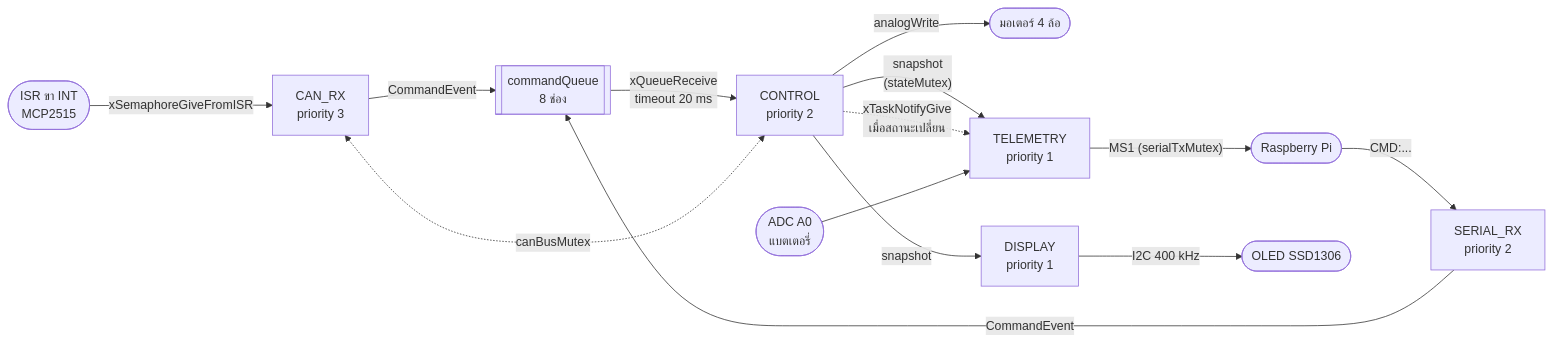
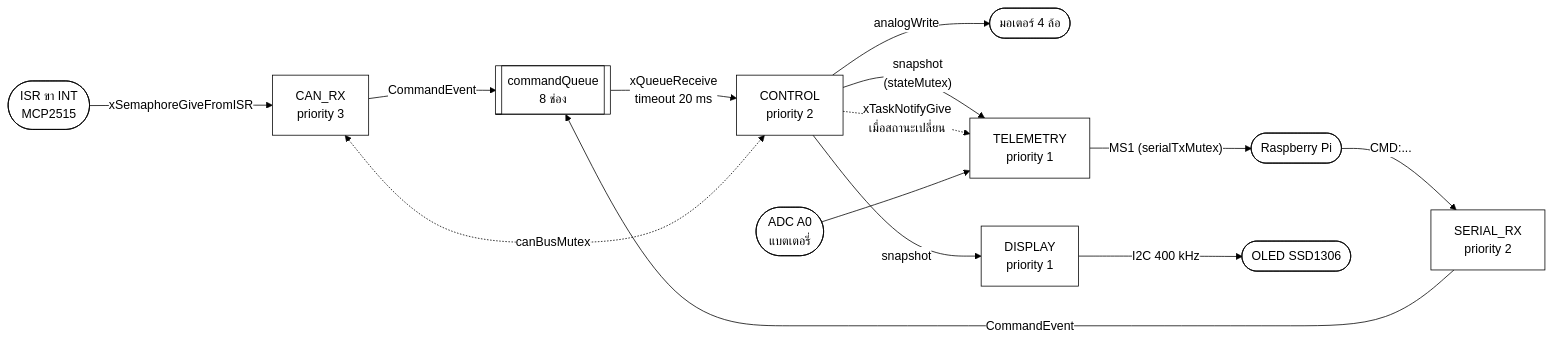
The fourth of 7 diagrams in docs/doc.md (SaktanuthPeak/durian-bot), drawn with Mermaid before and after one commit. The commit also changed other lines of this file and 14 other files, not shown here.

````diff
--- a/docs/doc.md
+++ b/docs/doc.md
@@ -841,16 +411,19 @@
 ```mermaid
+%%{init: {'theme': 'base', 'themeVariables': {'background': '#ffffff', 'mainBkg': '#ffffff', 'primaryColor': '#ffffff', 'secondaryColor': '#ffffff', 'tertiaryColor': '#ffffff', 'primaryTextColor': '#000000', 'secondaryTextColor': '#000000', 'tertiaryTextColor': '#000000', 'textColor': '#000000', 'primaryBorderColor': '#000000', 'secondaryBorderColor': '#000000', 'tertiaryBorderColor': '#000000', 'nodeBorder': '#000000', 'lineColor': '#000000', 'clusterBkg': '#ffffff', 'clusterBorder': '#000000', 'edgeLabelBackground': '#ffffff', 'titleColor': '#000000', 'actorBkg': '#ffffff', 'actorBorder': '#000000', 'actorTextColor': '#000000', 'actorLineColor': '#000000', 'signalColor': '#000000', 'signalTextColor': '#000000', 'labelBoxBkgColor': '#ffffff', 'labelBoxBorderColor': '#000000', 'labelTextColor': '#000000', 'loopTextColor': '#000000', 'noteBkgColor': '#ffffff', 'noteBorderColor': '#000000', 'noteTextColor': '#000000', 'activationBkgColor': '#ffffff', 'activationBorderColor': '#000000'}}}%%
 flowchart LR
     INT(["ISR ขา INT<br/>MCP2515"]) -- "xSemaphoreGiveFromISR" --> CANRX
     CANRX["CAN_RX<br/>priority 3"] -- "CommandEvent" --> Q[["commandQueue<br/>8 ช่อง"]]
     SERRX["SERIAL_RX<br/>priority 2"] -- "CommandEvent" --> Q
     Q -- "xQueueReceive<br/>timeout 20 ms" --> CTRL["CONTROL<br/>priority 2"]
     CTRL -- "analogWrite" --> MOT(["มอเตอร์ 4 ล้อ"])
     CTRL -- "snapshot<br/>(stateMutex)" --> TEL["TELEMETRY<br/>priority 1"]
     CTRL -. "xTaskNotifyGive<br/>เมื่อสถานะเปลี่ยน" .-> TEL
     ADC(["ADC A0<br/>แบตเตอรี่"]) --> TEL
     TEL -- "MS1 (serialTxMutex)" --> PI(["Raspberry Pi"])
     PI -- "CMD:..." --> SERRX
     CANRX <-. "canBusMutex" .-> CTRL
     CTRL -- "snapshot" --> DISP["DISPLAY<br/>priority 1"]
     DISP -- "I2C 400 kHz" --> OLED(["OLED SSD1306"])
+    classDef default fill:#ffffff,stroke:#000000,color:#000000;
+    linkStyle default stroke:#000000,color:#000000
 ```
````
